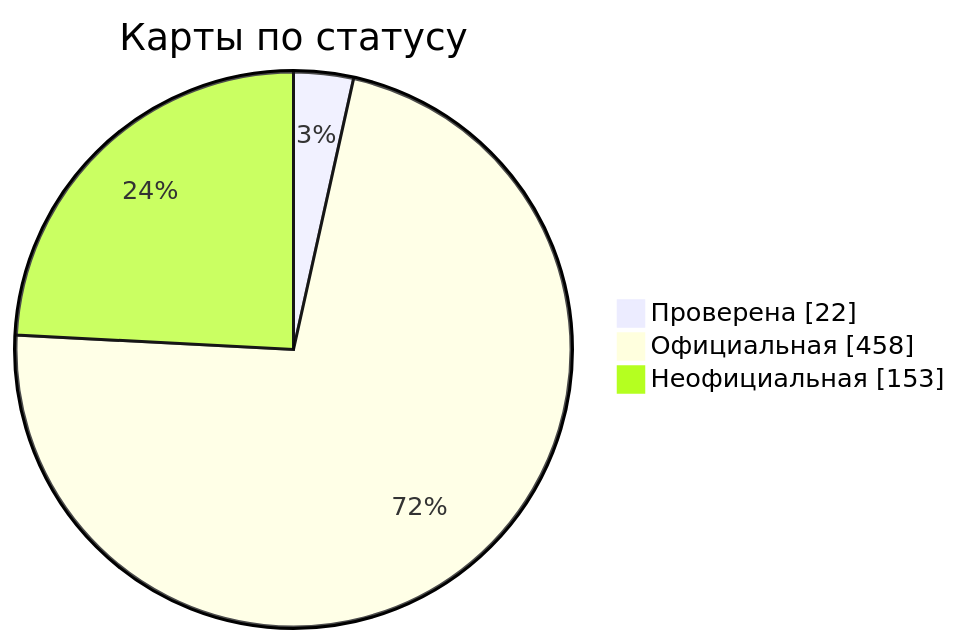
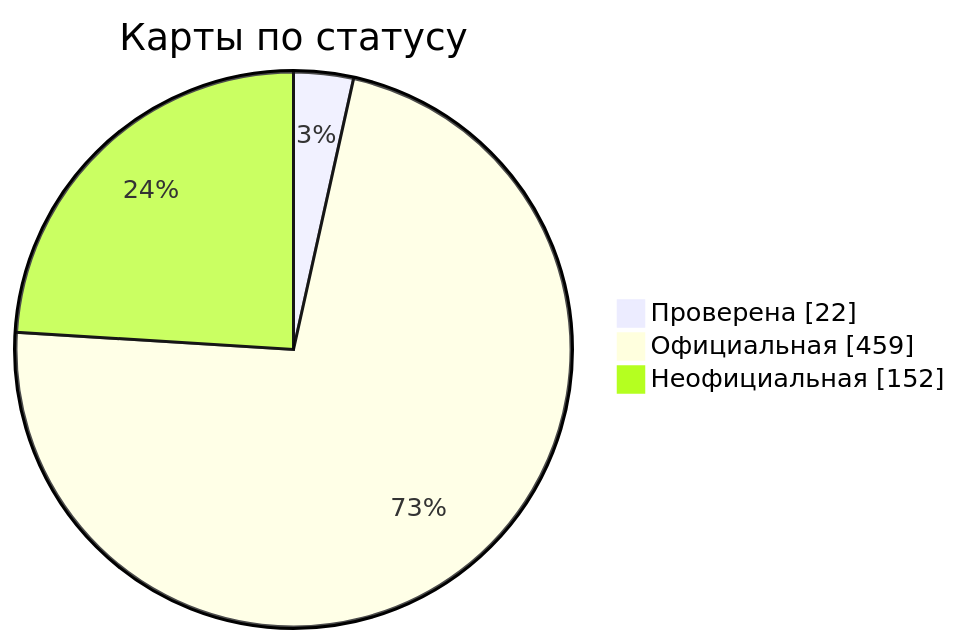
Before and after one commit to nobrega8/mbmap-library: the diagram in docs/readme/README_RU.md, drawn with Mermaid. The commit also changed 6 other files, not shown here.

````diff
--- a/docs/readme/README_RU.md
+++ b/docs/readme/README_RU.md
@@ -54,7 +54,7 @@
 ```mermaid
 pie showData
     title Карты по статусу
     "Проверена" : 22
-    "Официальная" : 458
-    "Неофициальная" : 153
+    "Официальная" : 459
+    "Неофициальная" : 152
 ```
````
